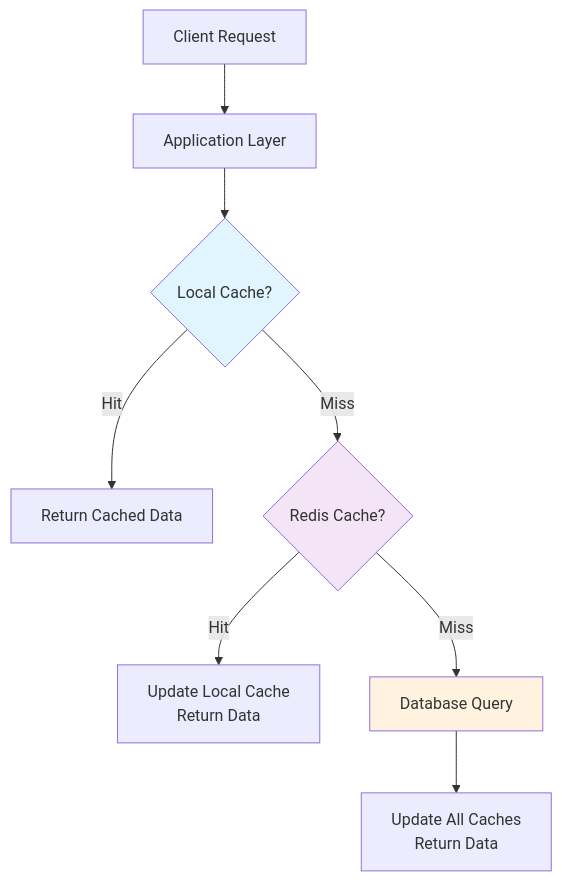
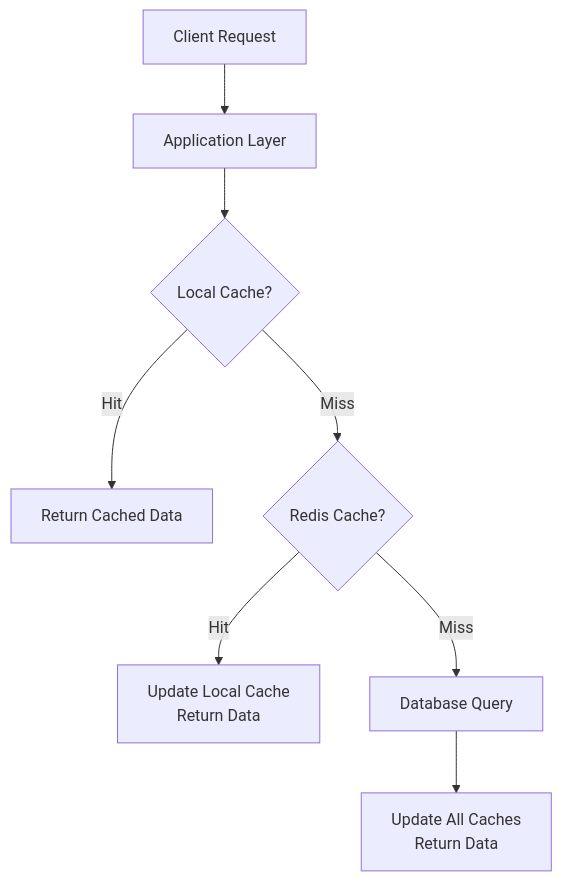
The sixth of 9 diagrams in docs/presentations/presentation-05.md (olroi421/course-web), drawn with Mermaid before and after one commit.

````diff
--- a/docs/presentations/presentation-05.md
+++ b/docs/presentations/presentation-05.md
@@ -382,14 +382,11 @@
 ```mermaid
 graph TB
     A[Client Request] --> B[Application Layer]
     B --> C{Local Cache?}
     C -->|Hit| D[Return Cached Data]
     C -->|Miss| E{Redis Cache?}
     E -->|Hit| F[Update Local Cache<br/>Return Data]
     E -->|Miss| G[Database Query]
     G --> H[Update All Caches<br/>Return Data]
 
-    style C fill:#e1f5fe
-    style E fill:#f3e5f5
-    style G fill:#fff3e0
 ```
````
